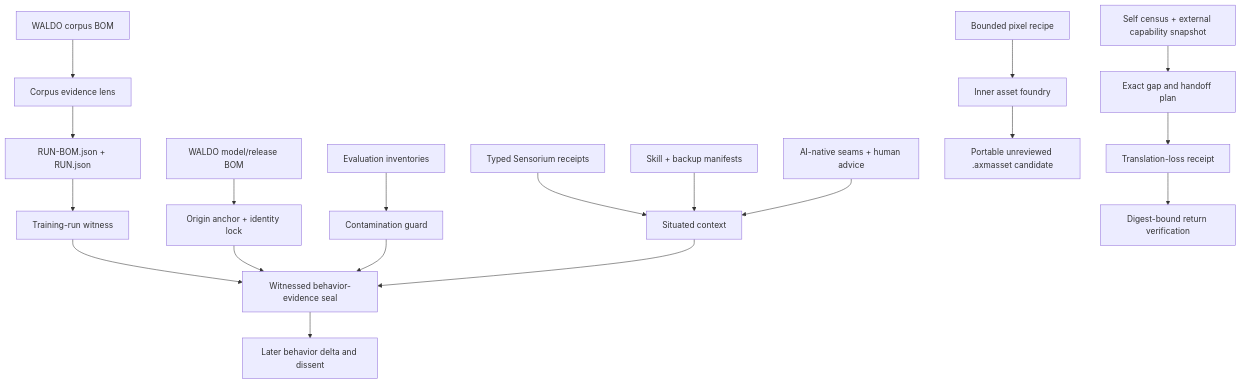
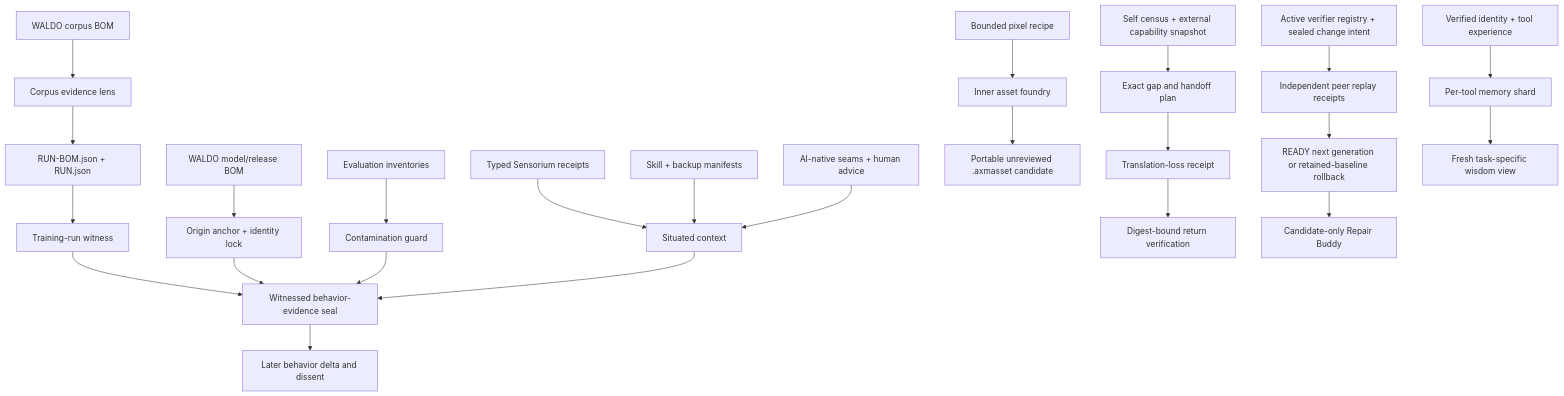
Before and after one commit to mike-axiom-mir/waldo-axm-mirror-research: the diagram in AXM_MIRROR_EXPERIMENT.md, drawn with Mermaid. The commit also changed other lines of this file and 24 other files, not shown here.

Commit message:
axm: add mutually checked growth and tool wisdom

````diff
--- a/AXM_MIRROR_EXPERIMENT.md
+++ b/AXM_MIRROR_EXPERIMENT.md
@@ -37,21 +38,26 @@
 ```mermaid
 flowchart TD
     A["WALDO corpus BOM"] --> B["Corpus evidence lens"]
     B --> C["RUN-BOM.json + RUN.json"]
     C --> D["Training-run witness"]
     E["WALDO model/release BOM"] --> F["Origin anchor + identity lock"]
     D --> G["Witnessed behavior-evidence seal"]
     F --> G
     H["Evaluation inventories"] --> I["Contamination guard"]
     I --> G
     K["Typed Sensorium receipts"] --> L["Situated context"]
     M["Skill + backup manifests"] --> L
     N["AI-native seams + human advice"] --> L
     L --> G
     G --> J["Later behavior delta and dissent"]
     O["Bounded pixel recipe"] --> P["Inner asset foundry"]
     P --> Q["Portable unreviewed .axmasset candidate"]
     R["Self census + external capability snapshot"] --> S["Exact gap and handoff plan"]
     S --> T["Translation-loss receipt"]
     T --> U["Digest-bound return verification"]
+    V["Active verifier registry + sealed change intent"] --> W["Independent peer replay receipts"]
+    W --> X["READY next generation or retained-baseline rollback"]
+    X --> Y["Candidate-only Repair Buddy"]
+    Z["Verified identity + tool experience"] --> AA["Per-tool memory shard"]
+    AA --> AB["Fresh task-specific wisdom view"]
 ```
````
